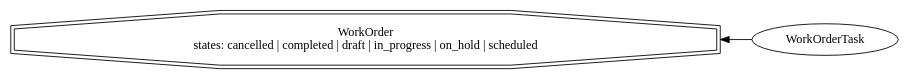
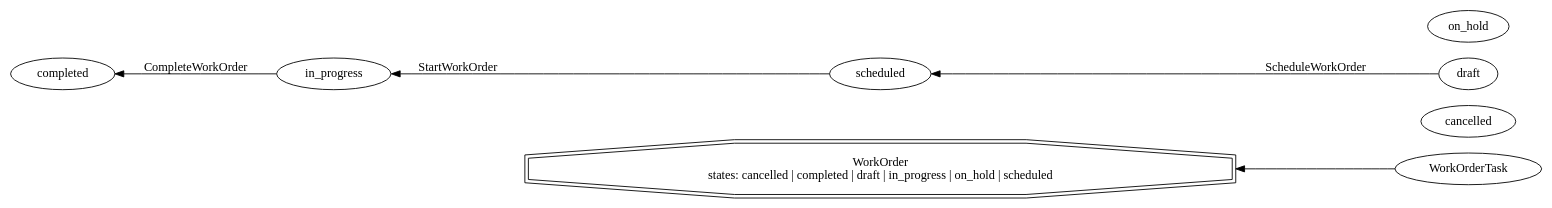
Before and after one commit to cccteam/ccc: the diagram in resource/waystation/pkg/resources/zz_gen_workflow_work_order.dot, drawn with Graphviz. The commit also changed 47 other files, not shown here.

```diff
--- a/resource/waystation/pkg/resources/zz_gen_workflow_work_order.dot
+++ b/resource/waystation/pkg/resources/zz_gen_workflow_work_order.dot
@@ -1,7 +1,17 @@
 // Code generated by resourcegeneration. DO NOT EDIT.
-// Workflow WorkOrder: membership only — transitions are RPC-body business rules.
+// Workflow WorkOrder: membership and declared transitions (@transition).
 digraph WorkOrderWorkflow {
 	rankdir=RL;
 	"WorkOrder" [shape=doubleoctagon, label="WorkOrder\nstates: cancelled | completed | draft | in_progress | on_hold | scheduled"];
 	"WorkOrderTask" -> "WorkOrder";
+	node [shape=ellipse];
+	"state:cancelled" [label="cancelled"];
+	"state:completed" [label="completed"];
+	"state:draft" [label="draft"];
+	"state:in_progress" [label="in_progress"];
+	"state:on_hold" [label="on_hold"];
+	"state:scheduled" [label="scheduled"];
+	"state:in_progress" -> "state:completed" [label="CompleteWorkOrder"];
+	"state:draft" -> "state:scheduled" [label="ScheduleWorkOrder"];
+	"state:scheduled" -> "state:in_progress" [label="StartWorkOrder"];
 }
```
